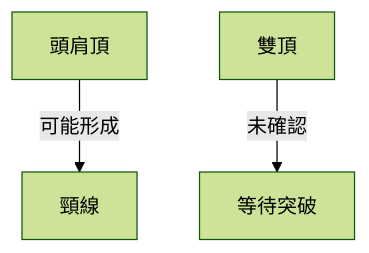
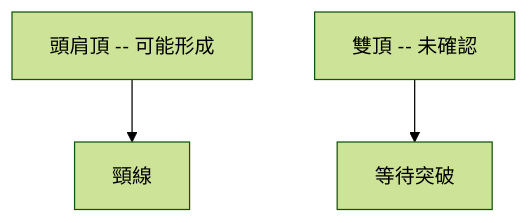
One commit to yennanliu/finance_data changed the fourth of 10 diagrams in ai_gen_report/stock/2330.tw/technical_analysis_2026-04-05_openai.md. Above: the diagram before and after it, drawn with Mermaid (forest theme). The commit also changed other lines of this file and 2258 other files, not shown here.

First line of the commit message:
chore: backfill Mermaid syntax repair across existing reports

````diff
--- a/ai_gen_report/stock/2330.tw/technical_analysis_2026-04-05_openai.md
+++ b/ai_gen_report/stock/2330.tw/technical_analysis_2026-04-05_openai.md
@@ -143,5 +143,5 @@
 ```mermaid
 graph TD
-    頭肩頂 -- 可能形成 --> 頸線
-    雙頂 -- 未確認 --> 等待突破
+    nb1["頭肩頂 -- 可能形成"] --> 頸線
+    nb2["雙頂 -- 未確認"] --> 等待突破
 ```
````
